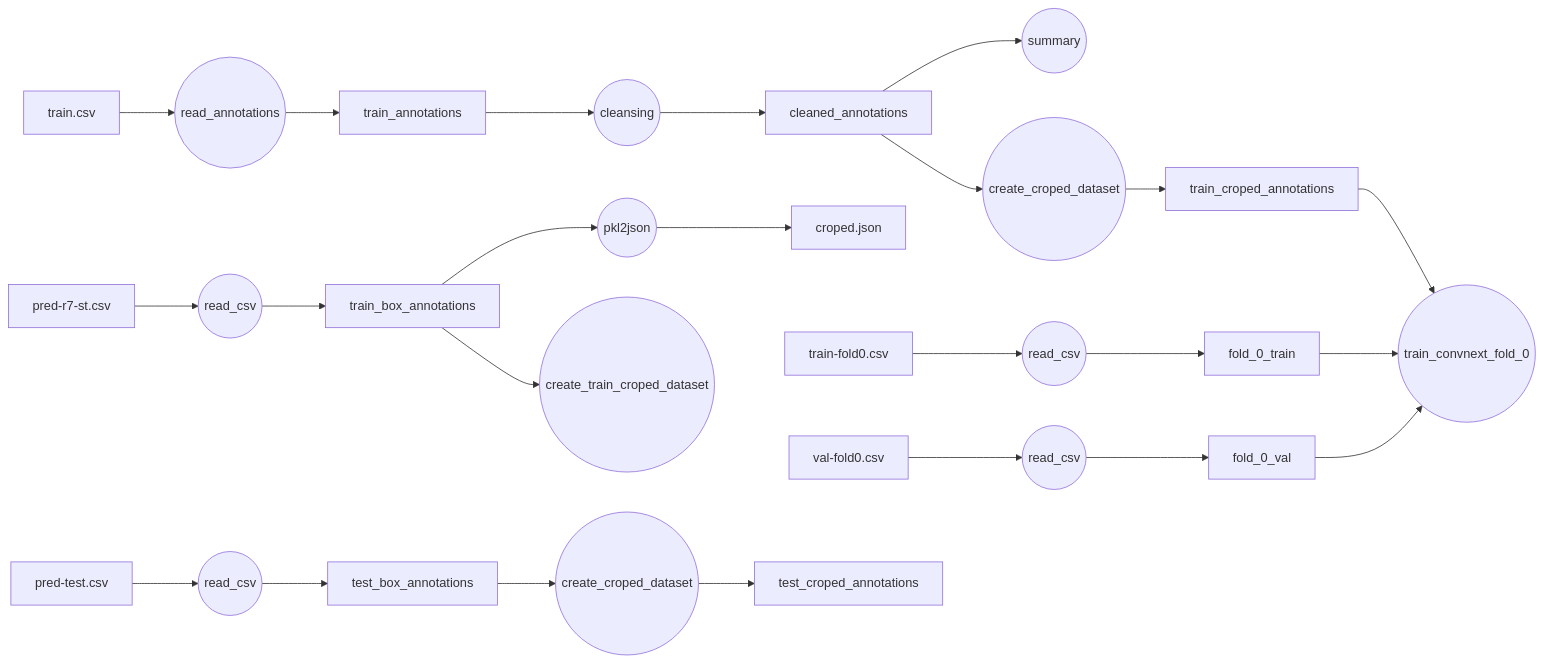
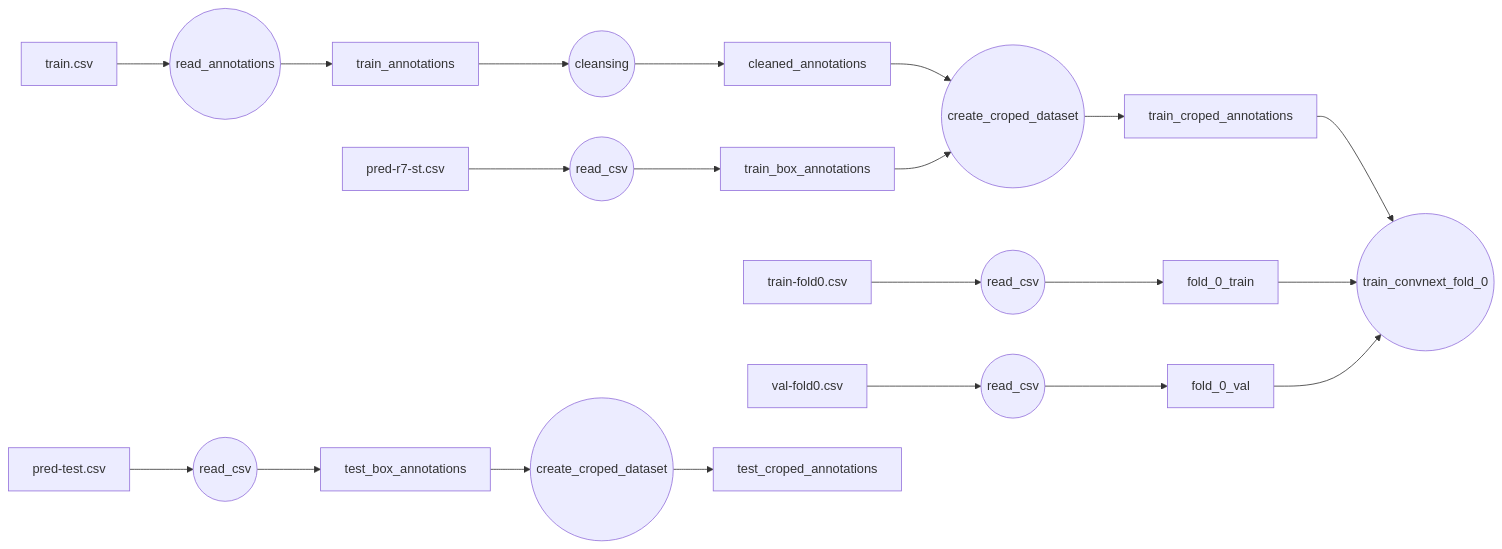
The diagram in hwad_bench/README.md (h4nyu/vision-tools), drawn with Mermaid before and after one commit.

````diff
--- a/hwad_bench/README.md
+++ b/hwad_bench/README.md
@@ -1,16 +1,16 @@
 ```mermaid
 flowchart LR
 train.csv --> read_annotations((read_annotations))
 read_annotations --> train_annotations
-train_annotations --> cleansing((cleansing)) --> cleaned_annotations --> summary((summary))
-pred-r7-st.csv --> read_csv((read_csv)) --> train_box_annotations --> pkl2json((pkl2json)) --> croped.json
+train_annotations --> cleansing((cleansing)) --> cleaned_annotations
+pred-r7-st.csv --> read_csv((read_csv)) --> train_box_annotations
 cleaned_annotations --> create_croped_dataset0((create_croped_dataset)) --> train_croped_annotations
-train_box_annotations --> create_train_croped_dataset((create_train_croped_dataset))
+train_box_annotations --> create_croped_dataset0
 train-fold0.csv --> read_csv0((read_csv)) --> fold_0_train
 val-fold0.csv --> read_csv1((read_csv)) --> fold_0_val
 train_croped_annotations --> train0((train_convnext_fold_0))
 fold_0_train --> train0
 fold_0_val --> train0
 pred-test.csv --> read_csv2((read_csv)) --> test_box_annotations
 test_box_annotations --> create_croped_dataset1((create_croped_dataset)) --> test_croped_annotations
 ```
````
